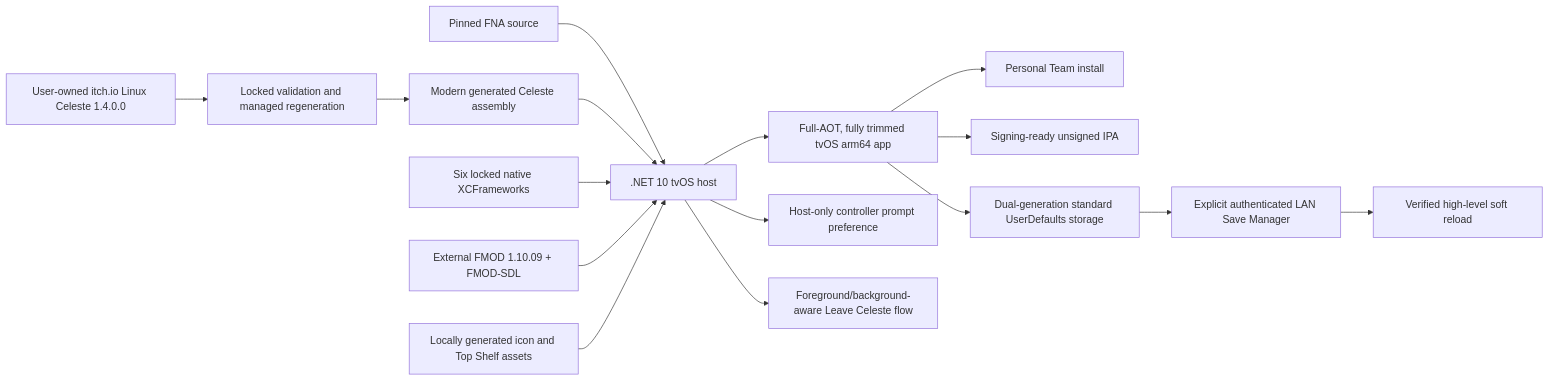
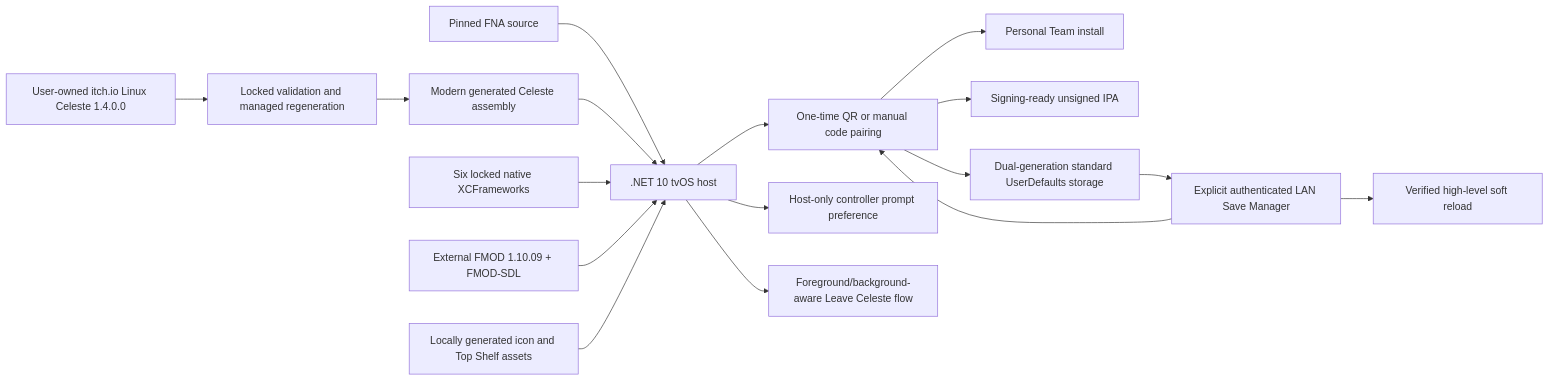
One commit to hmcneill46/celeste-ios changed the diagram in docs/STATUS.md. Above: the diagram before and after it, drawn with Mermaid. The commit also changed other lines of this file and 18 other files, not shown here.

````diff
--- a/docs/STATUS.md
+++ b/docs/STATUS.md
@@ -38,18 +41,19 @@
 ```mermaid
 flowchart LR
     U["User-owned itch.io Linux Celeste 1.4.0.0"] --> G["Locked validation and managed regeneration"]
     G --> C["Modern generated Celeste assembly"]
     F["Pinned FNA source"] --> H[".NET 10 tvOS host"]
     C --> H
     N["Six locked native XCFrameworks"] --> H
     M["External FMOD 1.10.09 + FMOD-SDL"] --> H
     A["Locally generated icon and Top Shelf assets"] --> H
     H --> P["Full-AOT, fully trimmed tvOS arm64 app"]
     P --> D["Personal Team install"]
     P --> I["Signing-ready unsigned IPA"]
     P --> S["Dual-generation standard UserDefaults storage"]
     S --> W["Explicit authenticated LAN Save Manager"]
+    W --> P["One-time QR or manual code pairing"]
     W --> R["Verified high-level soft reload"]
     H --> B["Host-only controller prompt preference"]
     H --> Q["Foreground/background-aware Leave Celeste flow"]
 ```
````
